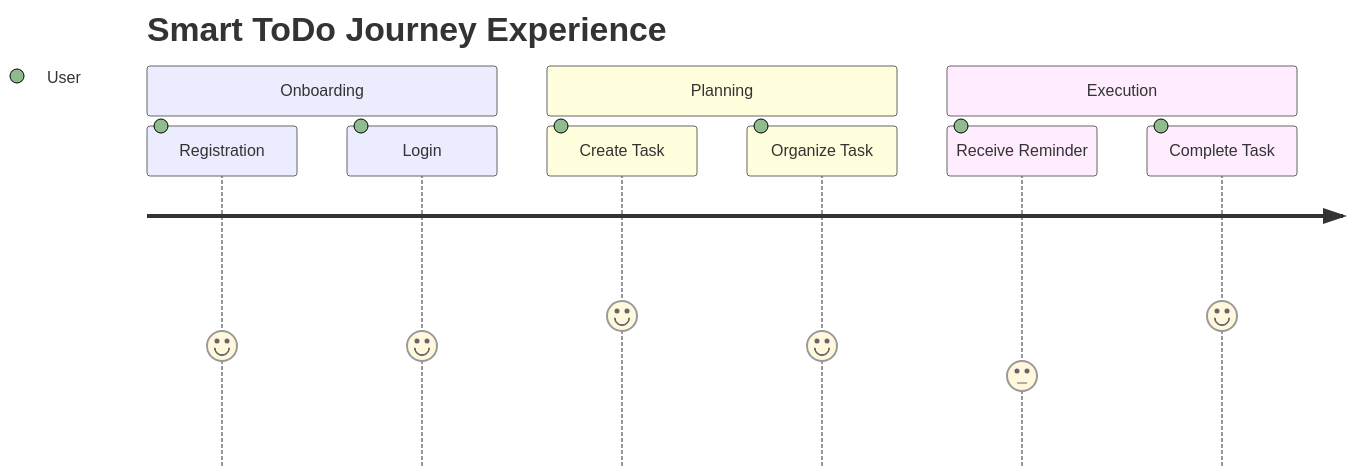
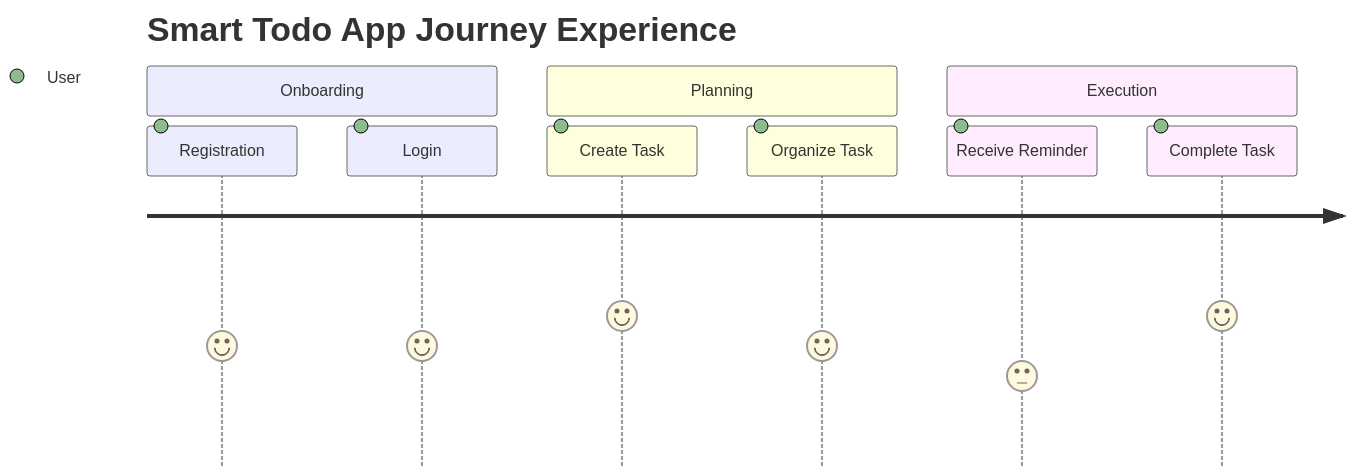
One commit to sayef-reyadh/smart-todo changed the diagram in docs/10-user-journey.md. Above: the diagram before and after it, drawn with Mermaid. The commit also changed other lines of this file and 29 other files, not shown here.

Commit message:
Rename application references to Smart Todo App

````diff
--- a/docs/10-user-journey.md
+++ b/docs/10-user-journey.md
@@ -17,13 +17,13 @@
 ```mermaid
 journey
-    title Smart ToDo Journey Experience
+    title Smart Todo App Journey Experience
     section Onboarding
       Registration: 4: User
       Login: 4: User
     section Planning
       Create Task: 5: User
       Organize Task: 4: User
     section Execution
       Receive Reminder: 3: User
       Complete Task: 5: User
 ```
````
